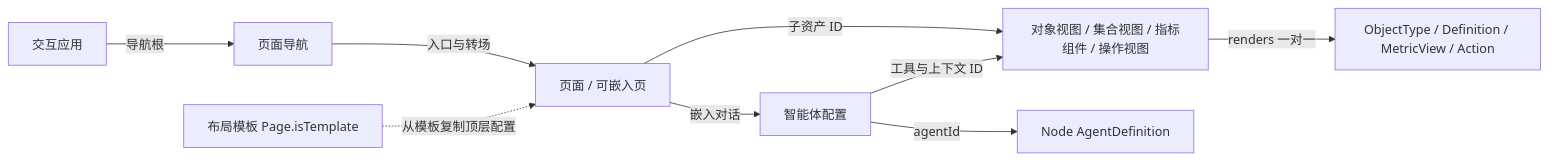
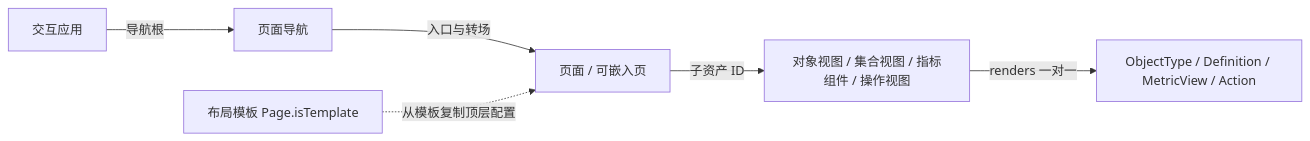
One commit to ontomato-ai/Ontomato changed the diagram in docs/product-assets.md. Above: the diagram before and after it, drawn with Mermaid. The commit also changed other lines of this file and 67 other files, not shown here.

````diff
--- a/docs/product-assets.md
+++ b/docs/product-assets.md
@@ -21,11 +21,8 @@
 ```mermaid
 flowchart LR
   app[交互应用] -->|导航根| nav[页面导航]
   nav -->|入口与转场| page[页面 / 可嵌入页]
   template[布局模板 Page.isTemplate] -. 从模板复制顶层配置 .-> page
   page -->|子资产 ID| projection[对象视图 / 集合视图 / 指标组件 / 操作视图]
-  page -->|嵌入对话| profile[智能体配置]
-  profile -->|工具与上下文 ID| projection
   projection -->|renders 一对一| ontology[ObjectType / Definition / MetricView / Action]
-  profile -->|agentId| definition[Node AgentDefinition]
 ```
````
